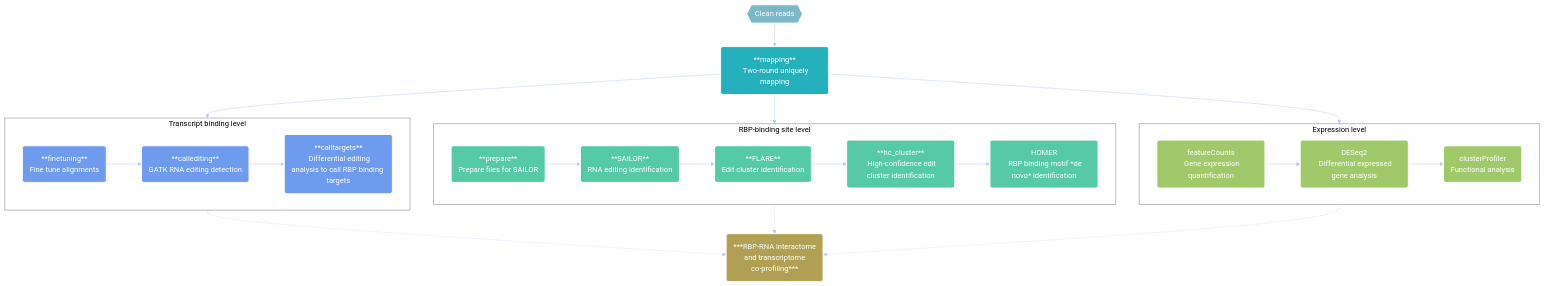
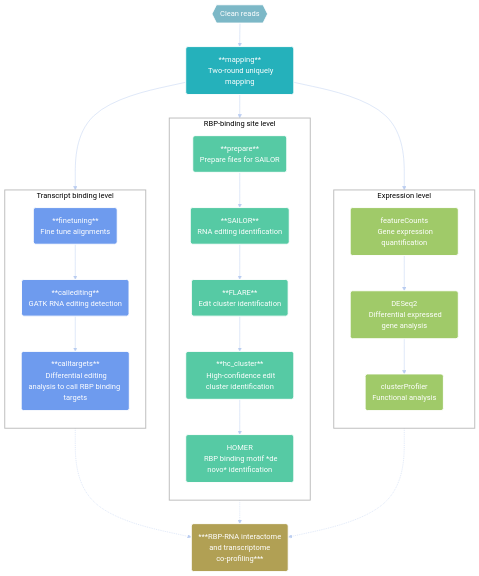
Before and after one commit to WangLabPKU/MAPIT-seq: the diagram in README.md, drawn with Mermaid. The commit also changed other lines of this file, not shown here.

```diff
--- a/README.md
+++ b/README.md
@@ -298,11 +309,13 @@
   L-->M(clusterProfiler
   Functional analysis)
 subgraph A1[Transcript binding level]
+  direction TB
   C
   D
   E
 end
 subgraph A2[RBP-binding site level]
+  direction TB
   F
   G
   H
@@ -310,6 +323,7 @@
   J
 end
 subgraph A3[Expression level]
+  direction TB
   K
   L
   M
```
